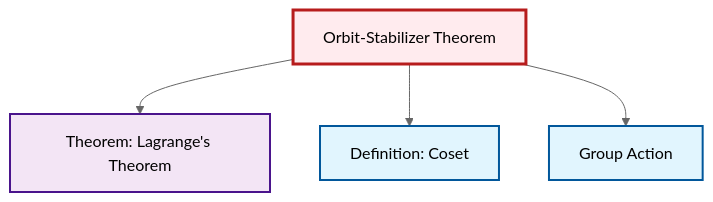
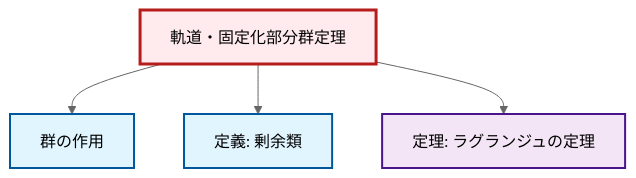
One commit to RK0429/ModernMath changed the diagram in content/ja/algebra/thm-orbit-stabilizer.qmd. Above: the diagram before and after it, drawn with Mermaid (neutral theme). The commit also changed 1069 other files, not shown here.

````diff
--- a/content/ja/algebra/thm-orbit-stabilizer.qmd
+++ b/content/ja/algebra/thm-orbit-stabilizer.qmd
@@ -64,20 +64,20 @@
 ```{mermaid}
 %%| fig-cap: "Local dependency graph"
 graph TD
     classDef definition fill:#e1f5fe,stroke:#01579b,stroke-width:2px
     classDef theorem fill:#f3e5f5,stroke:#4a148c,stroke-width:2px
     classDef axiom fill:#fff3e0,stroke:#e65100,stroke-width:2px
     classDef example fill:#e8f5e9,stroke:#1b5e20,stroke-width:2px
     classDef current fill:#ffebee,stroke:#b71c1c,stroke-width:3px
-    def-coset["Definition: Coset"]:::definition
-    thm-orbit-stabilizer["Orbit-Stabilizer Theorem"]:::theorem
-    thm-lagrange["Theorem: Lagrange's Theorem"]:::theorem
-    def-group-action["Group Action"]:::definition
+    thm-orbit-stabilizer["軌道・固定化部分群定理"]:::theorem
+    def-coset["定義: 剰余類"]:::definition
+    def-group-action["群の作用"]:::definition
+    thm-lagrange["定理: ラグランジュの定理"]:::theorem
+    thm-orbit-stabilizer --> def-group-action
+    thm-orbit-stabilizer --> def-coset
     thm-orbit-stabilizer --> thm-lagrange
-    thm-orbit-stabilizer --> def-coset
-    thm-orbit-stabilizer --> def-group-action
     class thm-orbit-stabilizer current
-    click def-coset "def-coset.html" "Definition: Cosetへ"
-    click thm-lagrange "thm-lagrange.html" "Theorem: Lagrange's Theoremへ"
-    click def-group-action "def-group-action.html" "Group Actionへ"
+    click def-coset "def-coset.html" "剰余類の定義へ"
+    click def-group-action "def-group-action.html" "群の作用へ"
+    click thm-lagrange "thm-lagrange.html" "ラグランジュの定理の定理へ"
 ```
````
